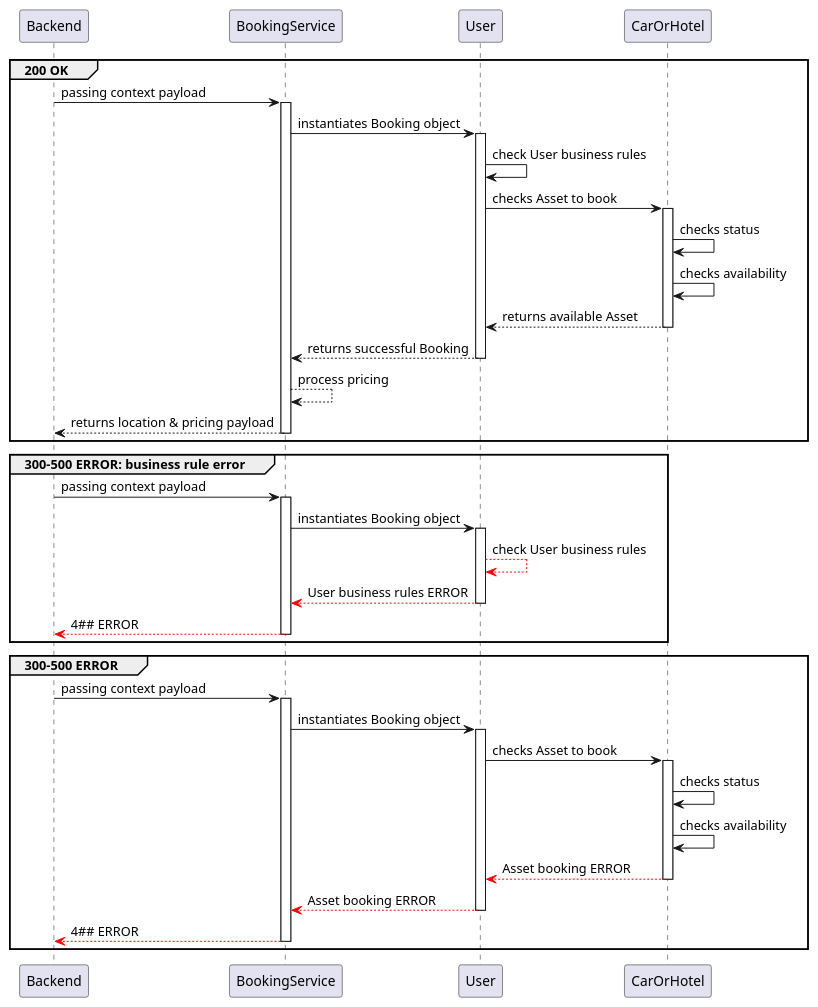
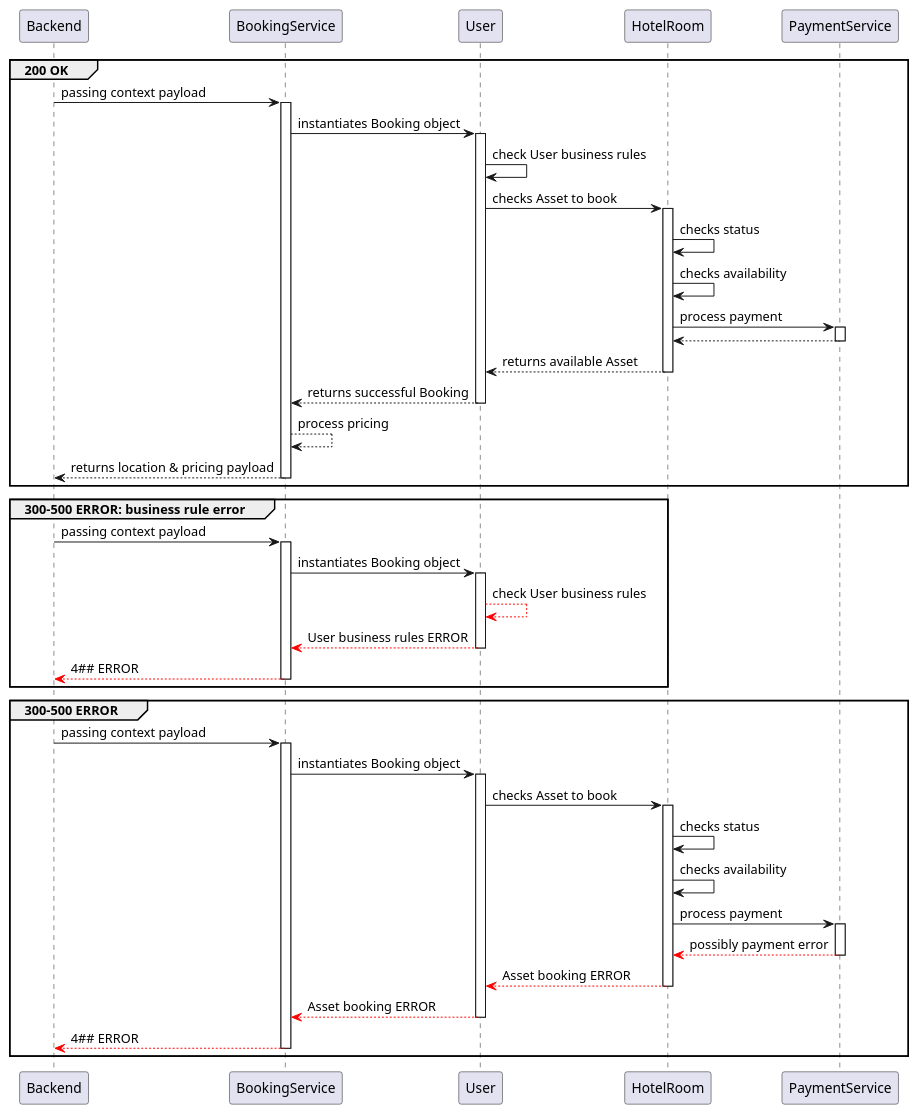
The diagram in docs/diagrams/sequence/bookingService_diagram.puml (ICEI-PUC-Minas-PMV-SI/pmv-si-2025-2-pe6-t3-g3-t3-2025-2), drawn with PlantUML before and after one commit. The commit also changed 4 other files, not shown here.

Commit message:
simplified contact entity | added 3rd party mock payment service | updated the architecture diagram accordingly | updated my contributions do the contexto.md file

```diff
--- a/docs/diagrams/sequence/bookingService_diagram.puml
+++ b/docs/diagrams/sequence/bookingService_diagram.puml
@@ -1,55 +1,65 @@
 @startuml
   participant Backend
   participant BookingService
   participant User
-  participant CarOrHotel
+  participant HotelRoom
+  participant PaymentService
 
   group 200 OK
     Backend -> BookingService : passing context payload
       activate BookingService
     BookingService -> User : instantiates Booking object
       activate User
     User -> User : check User business rules
-    User -> CarOrHotel : checks Asset to book
-      activate CarOrHotel
-    CarOrHotel -> CarOrHotel  : checks status
-    CarOrHotel -> CarOrHotel  : checks availability
+    User -> HotelRoom : checks Asset to book
+      activate HotelRoom
+    HotelRoom -> HotelRoom  : checks status
+    HotelRoom -> HotelRoom  : checks availability
+    HotelRoom -> PaymentService  : process payment
+      activate PaymentService
     
-    CarOrHotel --> User : returns available Asset
-      deactivate CarOrHotel
+    PaymentService --> HotelRoom
+      deactivate PaymentService
+    HotelRoom --> User : returns available Asset
+      deactivate HotelRoom
     User --> BookingService : returns successful Booking
       deactivate User
     BookingService --> BookingService : process pricing
     BookingService --> Backend : returns location & pricing payload
       deactivate BookingService
   end
   group 300-500 ERROR: business rule error
     Backend -> BookingService : passing context payload
       activate BookingService
     
     BookingService -> User : instantiates Booking object
       activate User
     User -[#red]-> User : check User business rules
     User -[#red]-> BookingService : User business rules ERROR
       deactivate User
     BookingService -[#red]-> Backend : 4## ERROR
       deactivate BookingService
   end
 
   group 300-500 ERROR
     Backend -> BookingService : passing context payload
       activate BookingService
     BookingService -> User : instantiates Booking object
       activate User
-    User -> CarOrHotel : checks Asset to book
-      activate CarOrHotel
-    CarOrHotel -> CarOrHotel  : checks status
-    CarOrHotel -> CarOrHotel  : checks availability
-    CarOrHotel -[#red]-> User : Asset booking ERROR
-      deactivate CarOrHotel
+    User -> HotelRoom : checks Asset to book
+      activate HotelRoom
+    HotelRoom -> HotelRoom  : checks status
+    HotelRoom -> HotelRoom  : checks availability
+    HotelRoom -> PaymentService  : process payment
+      activate PaymentService
+    
+    PaymentService -[#red]-> HotelRoom : possibly payment error
+      deactivate PaymentService
+    HotelRoom -[#red]-> User : Asset booking ERROR
+      deactivate HotelRoom
     User -[#red]-> BookingService : Asset booking ERROR
       deactivate User
     BookingService -[#red]-> Backend : 4## ERROR
       deactivate BookingService
   end
 @enduml
```
